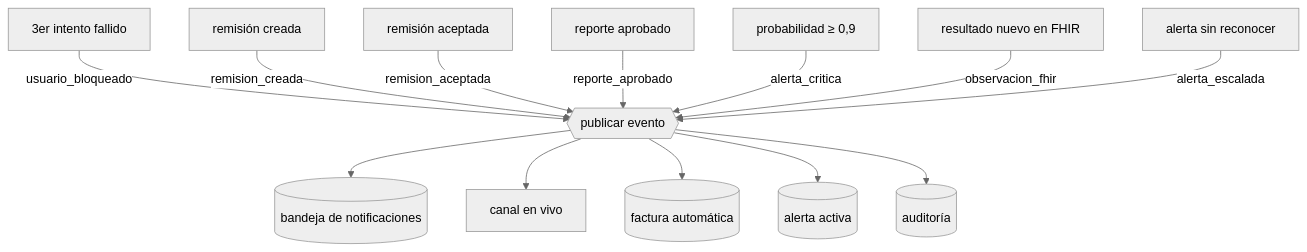
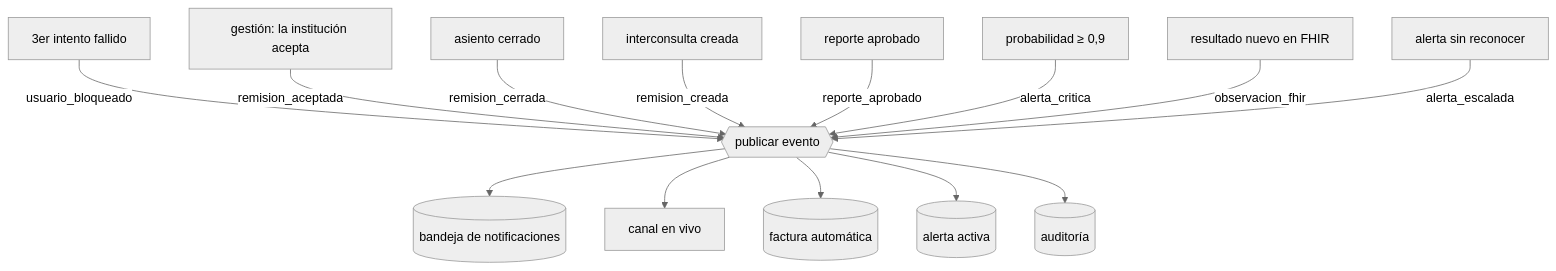
Before and after one commit to Laura25a/TrazaRedHUV: the second of 2 diagrams in README.md, drawn with Mermaid (neutral theme). The commit also changed other lines of this file, not shown here.

````diff
--- a/README.md
+++ b/README.md
@@ -193,15 +243,16 @@
 ```mermaid
 flowchart TD
     A[3er intento fallido] -->|usuario_bloqueado| P{{publicar evento}}
-    R1[remisión creada] -->|remision_creada| P
-    R2[remisión aceptada] -->|remision_aceptada| P
+    G[gestión: la institución acepta] -->|remision_aceptada| P
+    C[asiento cerrado] -->|remision_cerrada| P
+    R1[interconsulta creada] -->|remision_creada| P
     I1[reporte aprobado] -->|reporte_aprobado| P
     I2[probabilidad ≥ 0,9] -->|alerta_critica| P
     F[resultado nuevo en FHIR] -->|observacion_fhir| P
     T[alerta sin reconocer] -->|alerta_escalada| P
     P --> B[(bandeja de notificaciones)]
     P --> S[canal en vivo]
     P --> FA[(factura automática)]
     P --> AL[(alerta activa)]
     P --> AU[(auditoría)]
 ```
````
